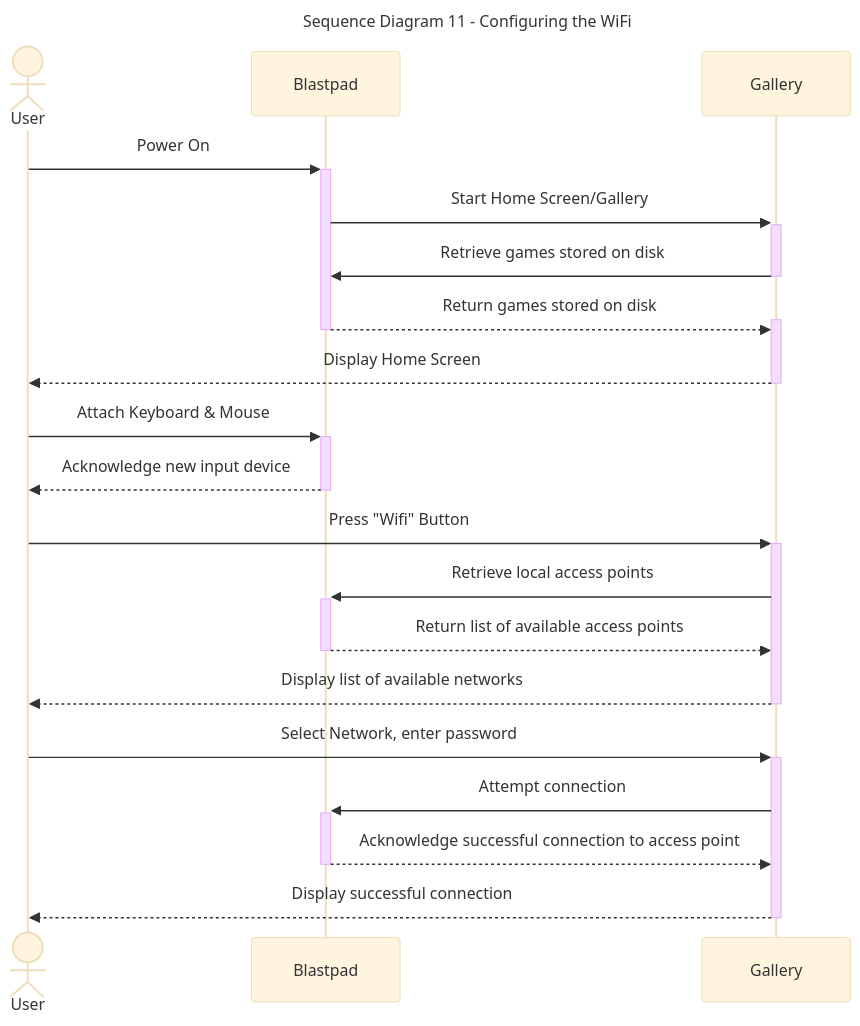
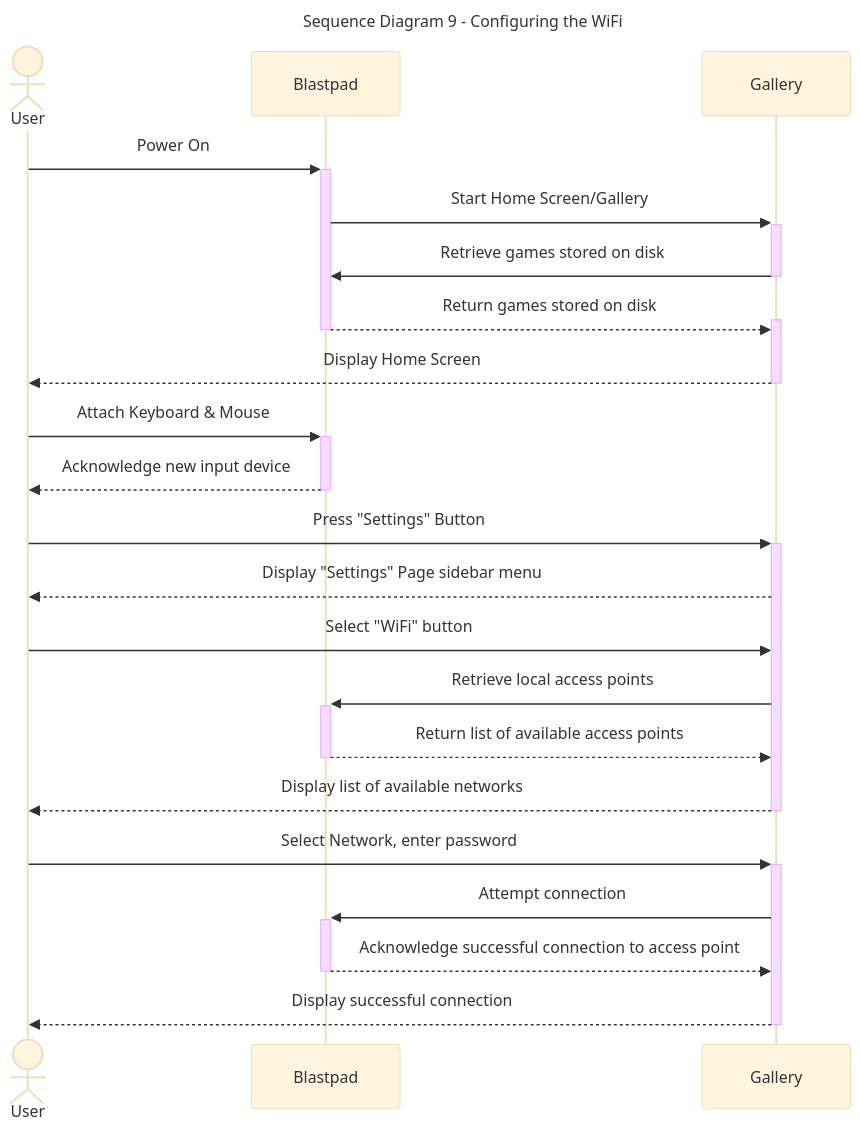
The ninth of 9 diagrams in documentation/docs/system-architecture/sequence-diagrams.md (Capstone-Projects-2024-Spring/project-blastpad), drawn with Mermaid (base theme) before and after one commit. The commit also changed other lines of this file, not shown here.

Commit message:
Updated Use Case 11 and its sequence diagram. Renumbered the use cases.

````diff
--- a/documentation/docs/system-architecture/sequence-diagrams.md
+++ b/documentation/docs/system-architecture/sequence-diagrams.md
@@ -356,30 +357,32 @@
 ```mermaid
 ---
-title: "Sequence Diagram 11 - Configuring the WiFi"
+title: "Sequence Diagram 9 - Configuring the WiFi"
 ---
 
 sequenceDiagram
 actor User
 User->>+Blastpad: Power On
 Blastpad->>+Gallery: Start Home Screen/Gallery
 Gallery->>-Blastpad: Retrieve games stored on disk
 Blastpad-->>+Gallery: Return games stored on disk
 deactivate Blastpad	
 Gallery-->>-User: Display Home Screen
 
 User->>+Blastpad: Attach Keyboard & Mouse
 Blastpad-->>-User: Acknowledge new input device
 
 
 
-User->>+Gallery: Press "Wifi" Button
+User->>+Gallery: Press "Settings" Button
+Gallery-->>User: Display "Settings" Page sidebar menu
+User->>Gallery: Select "WiFi" button
 Gallery->>+Blastpad: Retrieve local access points
 Blastpad-->>-Gallery: Return list of available access points
 Gallery-->>-User: Display list of available networks
 User->>+Gallery: Select Network, enter password
 
 Gallery->>+Blastpad: Attempt connection
 Blastpad-->>-Gallery: Acknowledge successful connection to access point
 Gallery-->>-User: Display successful connection
 
 ```
````
